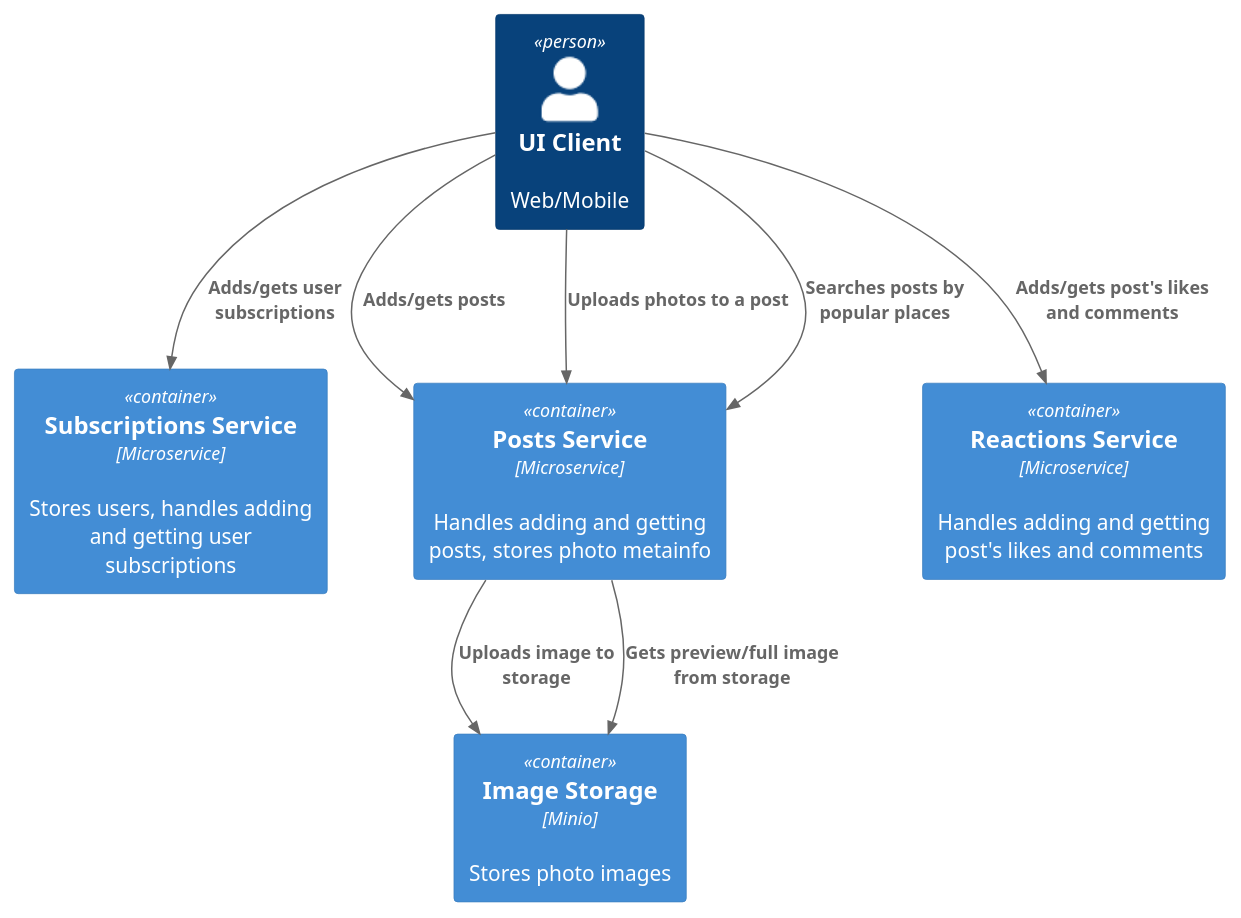
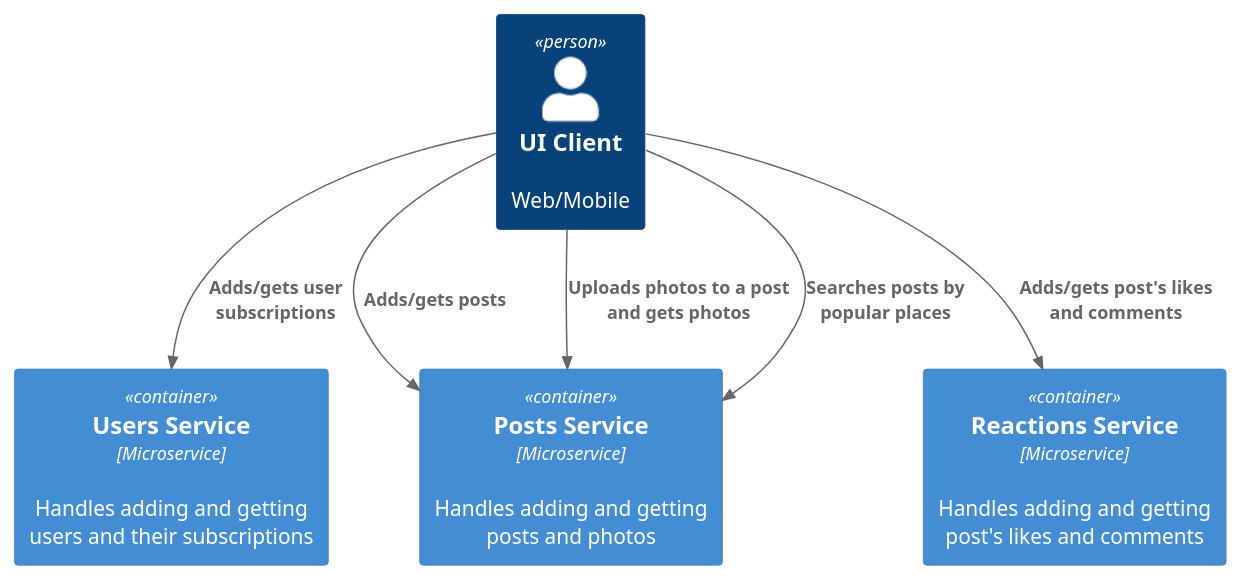
One commit to ebogomolnaya/social_network_system_design changed the diagram in architecture/context.puml. Above: the diagram before and after it, drawn with PlantUML. The commit also changed 10 other files, not shown here.

Commit message:
[SD-5] архитектурная схема уровень 2

```diff
--- a/architecture/context.puml
+++ b/architecture/context.puml
@@ -1,17 +1,14 @@
 @startuml
 !include https://raw.githubusercontent.com/plantuml-stdlib/C4-PlantUML/master/C4_Container.puml
 
 Person(client, "UI Client", "Web/Mobile")
-Container(subscriptionsService, "Subscriptions Service", "Microservice", "Stores users, handles adding and getting user subscriptions")
-Container(postsService, "Posts Service", "Microservice", "Handles adding and getting posts, stores photo metainfo")
+Container(usersService, "Users Service", "Microservice", "Handles adding and getting users and their subscriptions")
+Container(postsService, "Posts Service", "Microservice", "Handles adding and getting posts and photos")
 Container(reactionsService, "Reactions Service", "Microservice", "Handles adding and getting post's likes and comments")
-Container(imageStorage, "Image Storage", "Minio", "Stores photo images")
 
-Rel(client, subscriptionsService, "Adds/gets user subscriptions")
+Rel(client, usersService, "Adds/gets user subscriptions")
 Rel(client, postsService, "Adds/gets posts")
-Rel(client, postsService, "Uploads photos to a post")
-Rel(postsService, imageStorage, "Uploads image to storage")
-Rel(postsService, imageStorage, "Gets preview/full image from storage")
+Rel(client, postsService, "Uploads photos to a post and gets photos")
 Rel(client, postsService, "Searches posts by popular places")
 Rel(client, reactionsService, "Adds/gets post's likes and comments")
 @enduml
```
